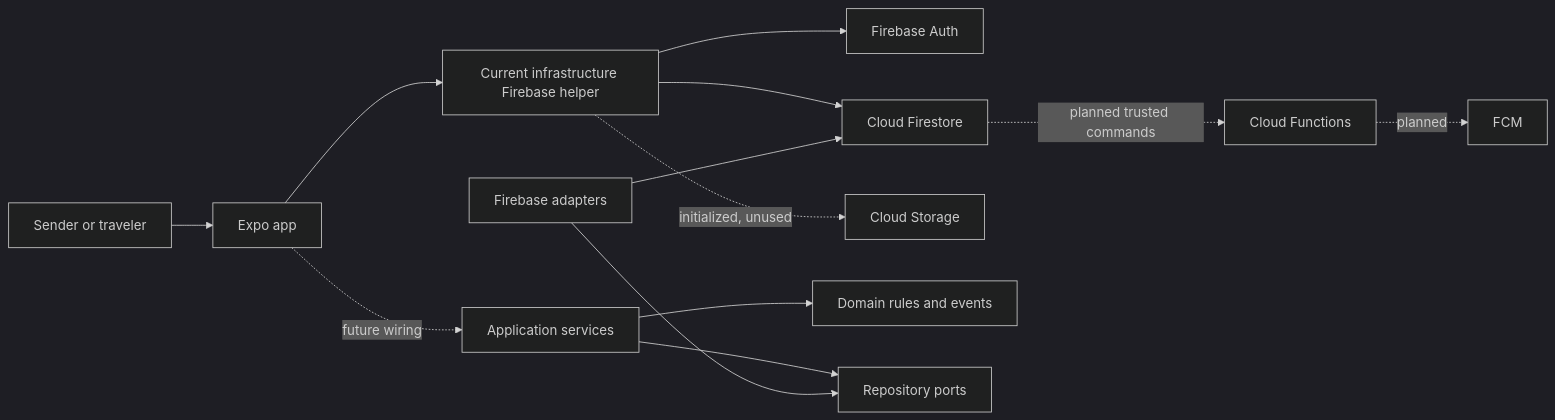
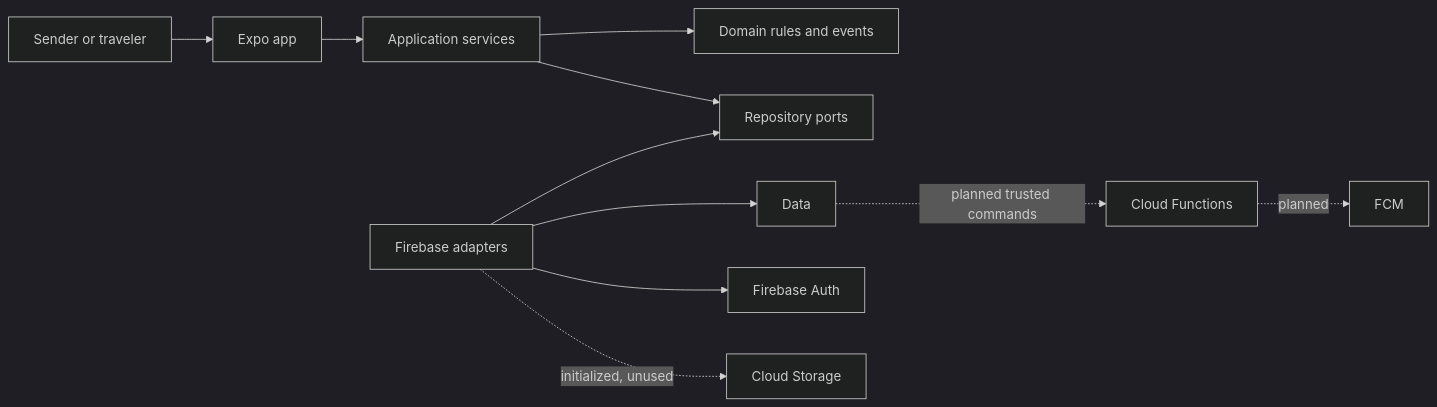
Before and after one commit to abda-dc/karri-mobile: the diagram in docs/engineering/system-architecture.md, drawn with Mermaid (dark theme). The commit also changed other lines of this file and 65 other files, not shown here.

````diff
--- a/docs/engineering/system-architecture.md
+++ b/docs/engineering/system-architecture.md
@@ -9,17 +9,14 @@
 ```mermaid
 flowchart LR
     User[Sender or traveler] --> Mobile[Expo app]
-    Mobile --> Current[Current infrastructure Firebase helper]
-    Current --> Auth[Firebase Auth]
-    Current --> Data[Cloud Firestore]
-    Current -. initialized, unused .-> Files[Cloud Storage]
-
-    Mobile -. future wiring .-> Services[Application services]
+    Mobile --> Services[Application services]
     Services --> Domain[Domain rules and events]
     Services --> Ports[Repository ports]
     Adapters[Firebase adapters] --> Ports
     Adapters --> Data
+    Adapters --> Auth[Firebase Auth]
+    Adapters -. initialized, unused .-> Files[Cloud Storage]
 
     Data -. planned trusted commands .-> Functions[Cloud Functions]
     Functions -. planned .-> Push[FCM]
 ```
````
